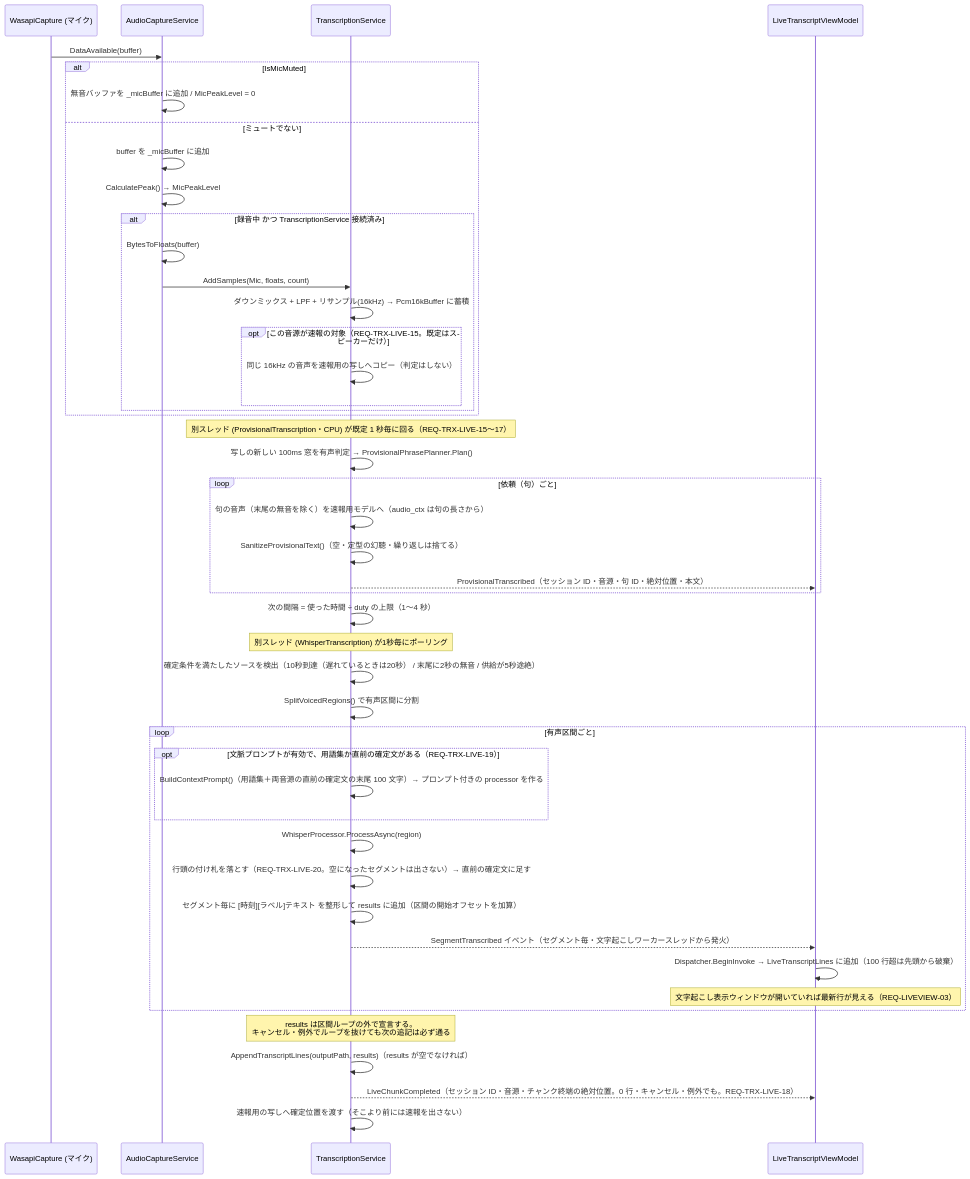
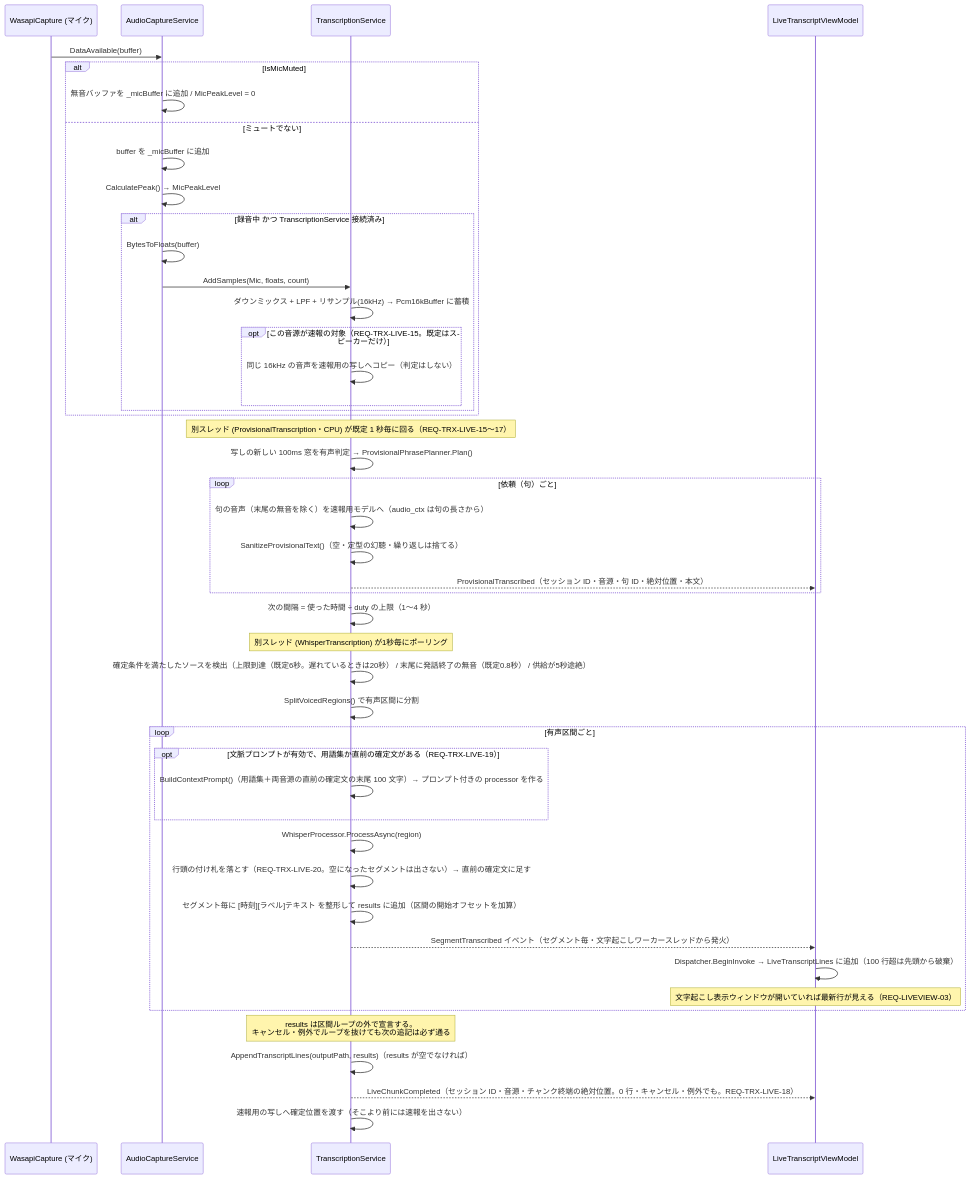
The third of 9 diagrams in docs/spec/04_sequence_diagram.md (otomac/audio-capture-app), drawn with Mermaid before and after one commit. The commit also changed 18 other files, not shown here.

````diff
--- a/docs/spec/04_sequence_diagram.md
+++ b/docs/spec/04_sequence_diagram.md
@@ -91,51 +91,51 @@
 ```mermaid
 sequenceDiagram
     participant Mic as WasapiCapture (マイク)
     participant ACS as AudioCaptureService
     participant TS as TranscriptionService
     participant LTVM as LiveTranscriptViewModel
 
     Mic->>ACS: DataAvailable(buffer)
     alt IsMicMuted
         ACS->>ACS: 無音バッファを _micBuffer に追加 / MicPeakLevel = 0
     else ミュートでない
         ACS->>ACS: buffer を _micBuffer に追加
         ACS->>ACS: CalculatePeak() → MicPeakLevel
         alt 録音中 かつ TranscriptionService 接続済み
             ACS->>ACS: BytesToFloats(buffer)
             ACS->>TS: AddSamples(Mic, floats, count)
             TS->>TS: ダウンミックス + LPF + リサンプル(16kHz) → Pcm16kBuffer に蓄積
             opt この音源が速報の対象（REQ-TRX-LIVE-15。既定はスピーカーだけ）
                 TS->>TS: 同じ 16kHz の音声を速報用の写しへコピー（判定はしない）
             end
         end
     end
 
     Note over TS: 別スレッド (ProvisionalTranscription・CPU) が既定 1 秒毎に回る（REQ-TRX-LIVE-15〜17）
     TS->>TS: 写しの新しい 100ms 窓を有声判定 → ProvisionalPhrasePlanner.Plan()
     loop 依頼（句）ごと
         TS->>TS: 句の音声（末尾の無音を除く）を速報用モデルへ（audio_ctx は句の長さから）
         TS->>TS: SanitizeProvisionalText()（空・定型の幻聴・繰り返しは捨てる）
         TS-->>LTVM: ProvisionalTranscribed（セッション ID・音源・句 ID・絶対位置・本文）
     end
     TS->>TS: 次の間隔 = 使った時間 ÷ duty の上限（1〜4 秒）
 
     Note over TS: 別スレッド (WhisperTranscription) が1秒毎にポーリング
-    TS->>TS: 確定条件を満たしたソースを検出（10秒到達（遅れているときは20秒） / 末尾に2秒の無音 / 供給が5秒途絶）
+    TS->>TS: 確定条件を満たしたソースを検出（上限到達（既定6秒。遅れているときは20秒） / 末尾に発話終了の無音（既定0.8秒） / 供給が5秒途絶）
     TS->>TS: SplitVoicedRegions() で有声区間に分割
     loop 有声区間ごと
         opt 文脈プロンプトが有効で、用語集か直前の確定文がある（REQ-TRX-LIVE-19）
             TS->>TS: BuildContextPrompt()（用語集＋両音源の直前の確定文の末尾 100 文字）→ プロンプト付きの processor を作る
         end
         TS->>TS: WhisperProcessor.ProcessAsync(region)
         TS->>TS: 行頭の付け札を落とす（REQ-TRX-LIVE-20。空になったセグメントは出さない）→ 直前の確定文に足す
         TS->>TS: セグメント毎に [時刻][ラベル]テキスト を整形して results に追加（区間の開始オフセットを加算）
         TS-->>LTVM: SegmentTranscribed イベント（セグメント毎・文字起こしワーカースレッドから発火）
         LTVM->>LTVM: Dispatcher.BeginInvoke → LiveTranscriptLines に追加（100 行超は先頭から破棄）
         Note over LTVM: 文字起こし表示ウィンドウが開いていれば最新行が見える（REQ-LIVEVIEW-03）
     end
     Note over TS: results は区間ループの外で宣言する。<br/>キャンセル・例外でループを抜けても次の追記は必ず通る
     TS->>TS: AppendTranscriptLines(outputPath, results)（results が空でなければ）
     TS-->>LTVM: LiveChunkCompleted（セッション ID・音源・チャンク終端の絶対位置。0 行・キャンセル・例外でも。REQ-TRX-LIVE-18）
     TS->>TS: 速報用の写しへ確定位置を渡す（そこより前には速報を出さない）
 ```
````
